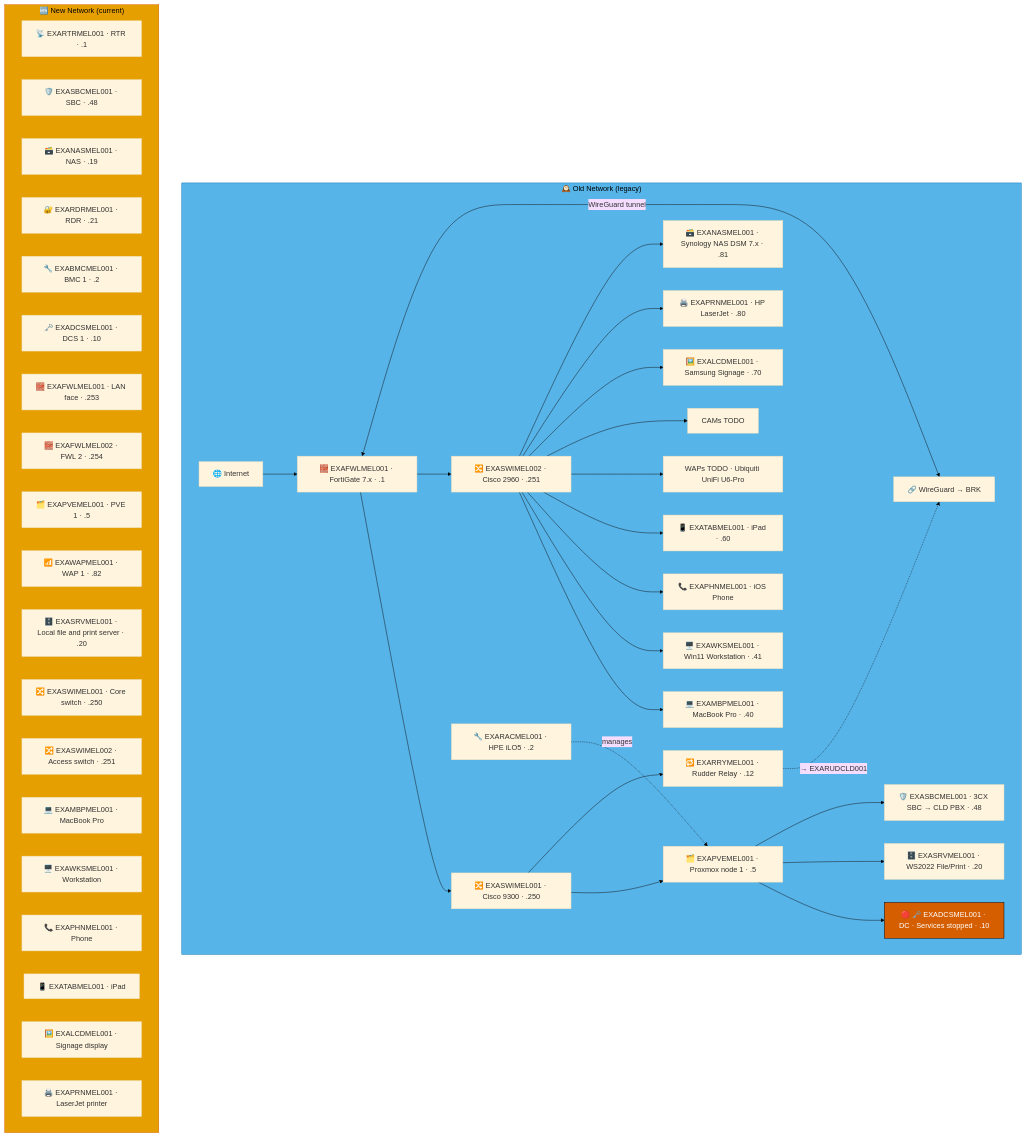
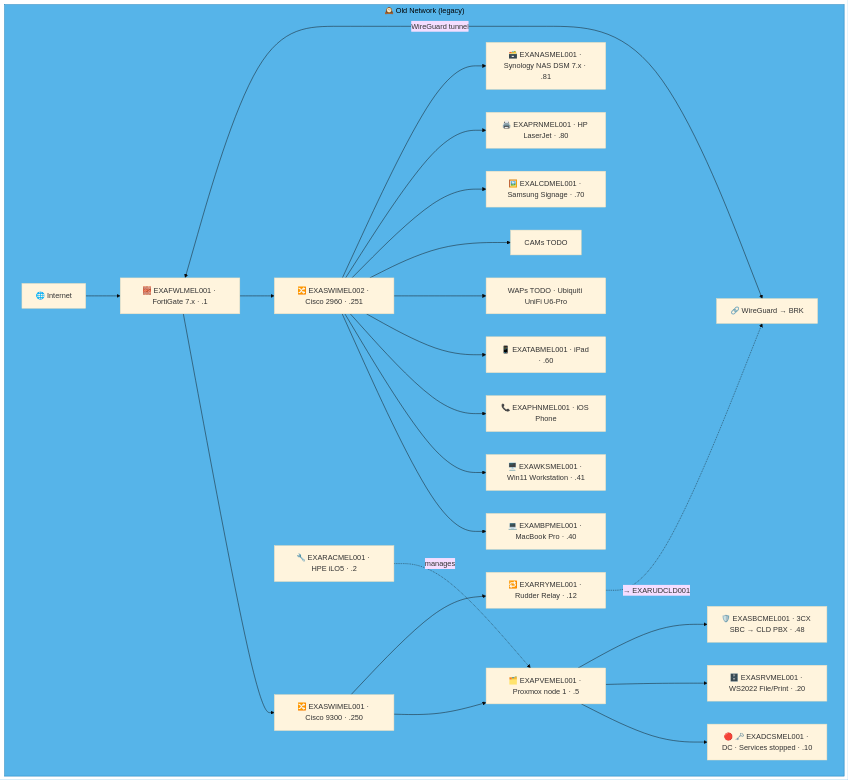
One commit to knightmare2600/example_music_infra changed the third of 4 diagrams in docs/network-diagram/australia.md. Above: the diagram before and after it, drawn with Mermaid (base theme). The commit also changed other lines of this file and 35 other files, not shown here.

````diff
--- a/docs/network-diagram/australia.md
+++ b/docs/network-diagram/australia.md
@@ -93,62 +110,36 @@
 ```mermaid
 graph TD
     subgraph OLD_MEL ["🕰️ Old Network (legacy)"]
       INET["🌐 Internet"]
       FWL["🧱 EXAFWLMEL001 · FortiGate 7.x · .1"]
       SW1["🔀 EXASWIMEL001 · Cisco 9300 · .250"]
       SW2["🔀 EXASWIMEL002 · Cisco 2960 · .251"]
       RAC["🔧 EXARACMEL001 · HPE iLO5 · .2"]
       PVE["🗂️ EXAPVEMEL001 · Proxmox node 1 · .5"]
       DC["🔴 🗝️ EXADCSMEL001 · DC · Services stopped · .10"]
       SRV["🗄️ EXASRVMEL001 · WS2022 File/Print · .20"]
       SBC["🛡️ EXASBCMEL001 · 3CX SBC → CLD PBX · .48"]
       RRY["🔁 EXARRYMEL001 · Rudder Relay · .12"]
       MBP["💻 EXAMBPMEL001 · MacBook Pro · .40"]
       WKS["🖥️ EXAWKSMEL001 · Win11 Workstation · .41"]
       PHN["📞 EXAPHNMEL001 · iOS Phone"]
       TAB["📱 EXATABMEL001 · iPad · .60"]
       WAP["WAPs TODO · Ubiquiti UniFi U6-Pro"]
       CAM["CAMs TODO"]
       LCD["🖼️ EXALCDMEL001 · Samsung Signage · .70"]
       PRN["🖨️ EXAPRNMEL001 · HP LaserJet · .80"]
       NAS["🗃️ EXANASMEL001 · Synology NAS DSM 7.x · .81"]
       VPN["🔗 WireGuard → BRK"]
 
       INET --> FWL --> SW1 & SW2
       SW1 --> PVE --> DC & SRV & SBC
       RAC -.->|"manages"| PVE
       SW2 --> MBP & WKS & PHN & TAB & WAP & CAM
       SW2 --> LCD & PRN & NAS
       FWL <-->|"WireGuard tunnel"| VPN
 
       SW1 --> RRY
       RRY -. "→ EXARUDCLD001" .-> VPN
     end
     style OLD_MEL fill:#56B4E9,stroke:#0072B2,color:#000000
-    %% GENERATED:NEW-NETWORK:MEL:START
-    subgraph NEW_MEL ["🆕 New Network (current)"]
-      N_RTR["📡 EXARTRMEL001 · RTR · .1"]
-      N_SBC["🛡️ EXASBCMEL001 · SBC · .48"]
-      N_NAS["🗃️ EXANASMEL001 · NAS · .19"]
-      N_RDR["🔐 EXARDRMEL001 · RDR · .21"]
-      N_BMC["🔧 EXABMCMEL001 · BMC 1 · .2"]
-      N_DCS["🗝️ EXADCSMEL001 · DCS 1 · .10"]
-      N_FWL["🧱 EXAFWLMEL001 · LAN face · .253"]
-      N_FWL2["🧱 EXAFWLMEL002 · FWL 2 · .254"]
-      N_PVE["🗂️ EXAPVEMEL001 · PVE 1 · .5"]
-      N_WAP["📶 EXAWAPMEL001 · WAP 1 · .82"]
-      N_SRV["🗄️ EXASRVMEL001 · Local file and print server · .20"]
-      N_SWI["🔀 EXASWIMEL001 · Core switch · .250"]
-      N_SWI2["🔀 EXASWIMEL002 · Access switch · .251"]
-      N_MBP["💻 EXAMBPMEL001 · MacBook Pro"]
-      N_WKS["🖥️ EXAWKSMEL001 · Workstation"]
-      N_PHN["📞 EXAPHNMEL001 · Phone"]
-      N_TAB["📱 EXATABMEL001 · iPad"]
-      N_LCD["🖼️ EXALCDMEL001 · Signage display"]
-      N_PRN["🖨️ EXAPRNMEL001 · LaserJet printer"]
-    end
-    style NEW_MEL fill:#E69F00,stroke:#D55E00,color:#000000
-    %% GENERATED:NEW-NETWORK:MEL:END
-    classDef warn fill:#D55E00,stroke:#000000,color:#ffffff
-    class DC warn
 ```
````
